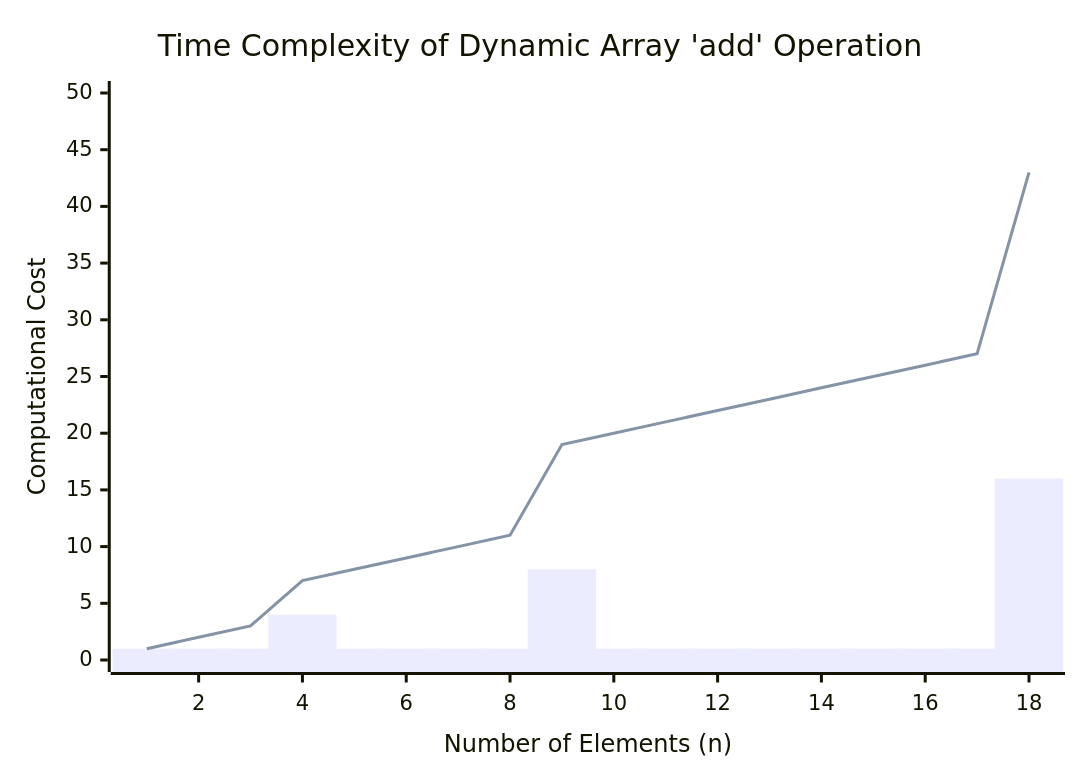
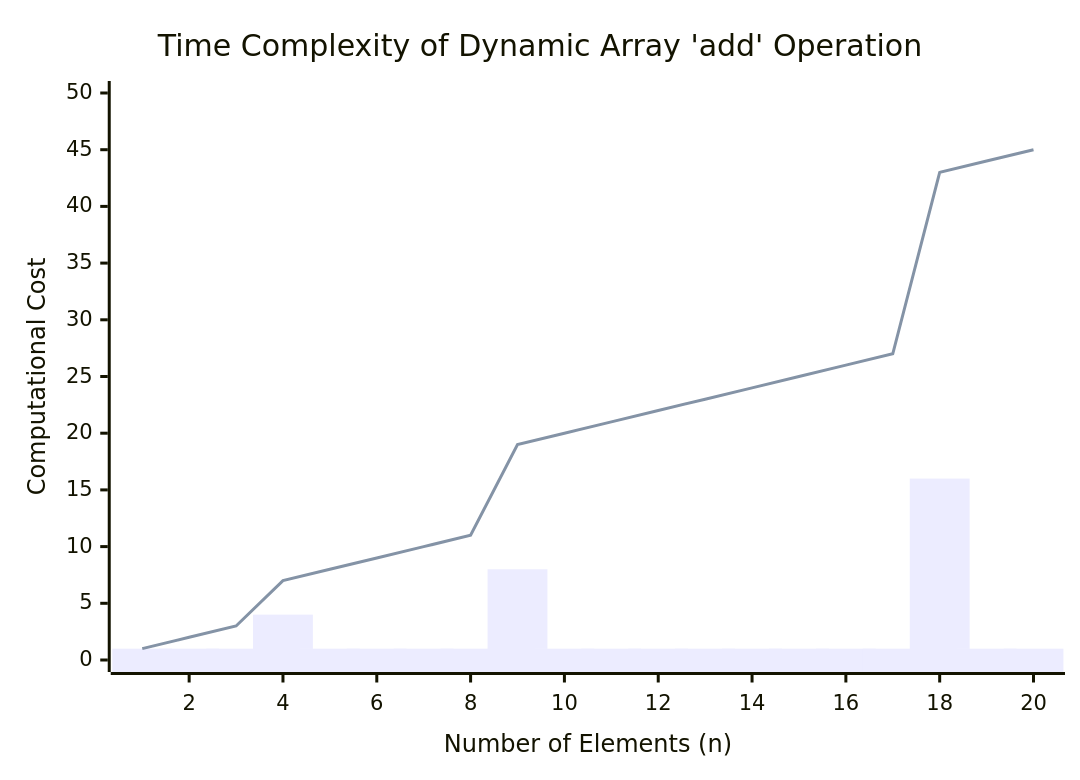
The second of 2 diagrams in lectures/lect-2-Arrays.md (ruslylove/datastruct), drawn with Mermaid before and after one commit. The commit also changed 1 other file, not shown here.

Commit message:
update linked list diagram

````diff
--- a/lectures/lect-2-Arrays.md
+++ b/lectures/lect-2-Arrays.md
@@ -401,19 +401,19 @@
 ```mermaid {theme: 'neutral'}
 
 xychart-beta
     title "Time Complexity of Dynamic Array 'add' Operation"
-    x-axis "Number of Elements (n)" 1 --> 18
+    x-axis "Number of Elements (n)" 1 --> 20
     y-axis "Computational Cost" 0 --> 50
     
     %% Most operations are fast (cost of 1)
     %% Occasional spikes represent slow resizes (cost proportional to n)
     
-    bar  [1, 1, 1, 4, 1, 1, 1,   1,  8,  1,  1,  1,  1,  1,  1,  1,  1, 16]
-    line [1, 2, 3, 7, 8, 9, 10, 11, 19, 20, 21, 22, 23, 24, 25, 26, 27, 43]
+    bar  [1, 1, 1, 4, 1, 1, 1,   1,  8,  1,  1,  1,  1,  1,  1,  1,  1, 16, 1, 1]
+    line [1, 2, 3, 7, 8, 9, 10, 11, 19, 20, 21, 22, 23, 24, 25, 26, 27, 43, 44, 45]
 
     %% Annotations to explain the spikes
     %% annotation "Resize (n=4)" (4, 4.5)
     %% annotation "Resize (n=8)" (8, 8.5)
     %% annotation "Resize (n=16)" (16, 9.5)
 
 ```
````
